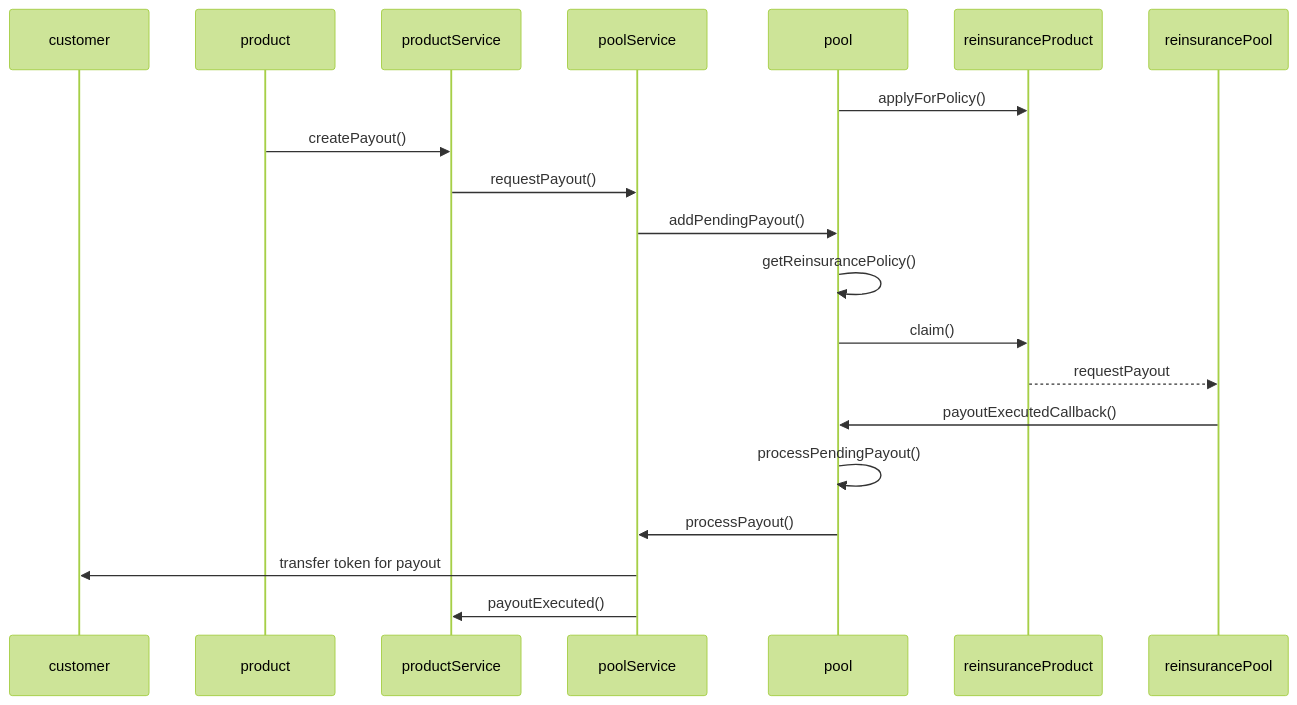
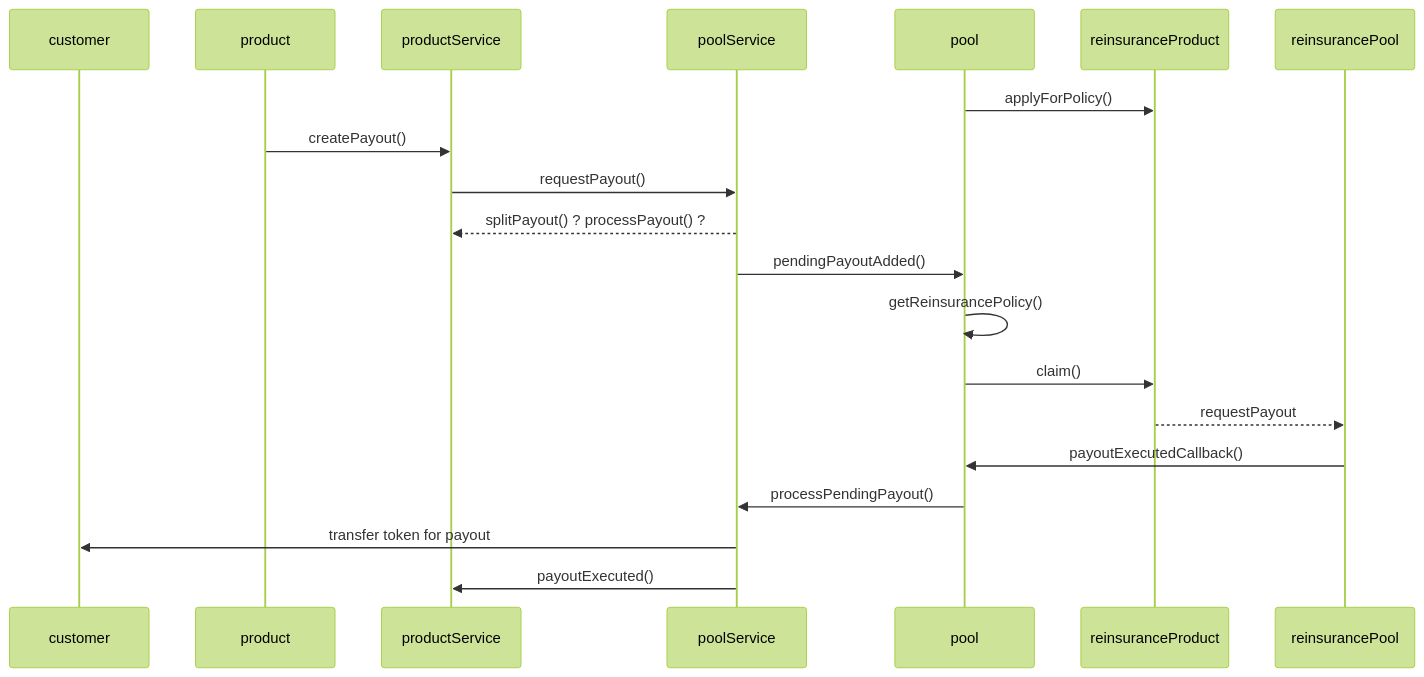
One commit to etherisc/gif-next changed the third of 3 diagrams in README.md. Above: the diagram before and after it, drawn with Mermaid (forest theme). The commit also changed other lines of this file and 5 other files, not shown here.

````diff
--- a/README.md
+++ b/README.md
@@ -427,20 +435,20 @@
 ```mermaid
 sequenceDiagram
   participant customer
   participant product
   participant productService
   participant poolService
   participant pool
   pool ->> reinsuranceProduct: applyForPolicy()
   product->>productService: createPayout()
   productService ->> poolService: requestPayout()
-  poolService ->> pool: addPendingPayout()
+  poolService -->> productService: splitPayout() ? processPayout() ?
+  poolService ->> pool: pendingPayoutAdded()
   pool ->> pool: getReinsurancePolicy()
   pool ->> reinsuranceProduct: claim()
   reinsuranceProduct -->> reinsurancePool: requestPayout
   reinsurancePool ->> pool: payoutExecutedCallback()
-  pool ->> pool: processPendingPayout()
-  pool ->> poolService: processPayout()
+  pool ->> poolService: processPendingPayout()
   poolService ->> customer: transfer token for payout
   poolService ->> productService: payoutExecuted()
 ```
````
